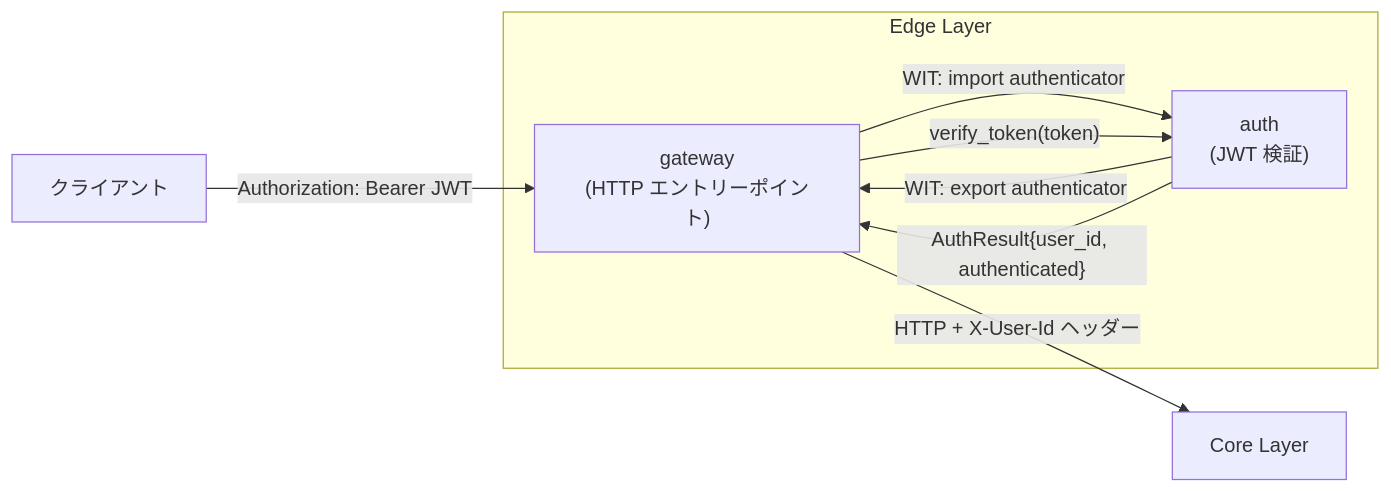
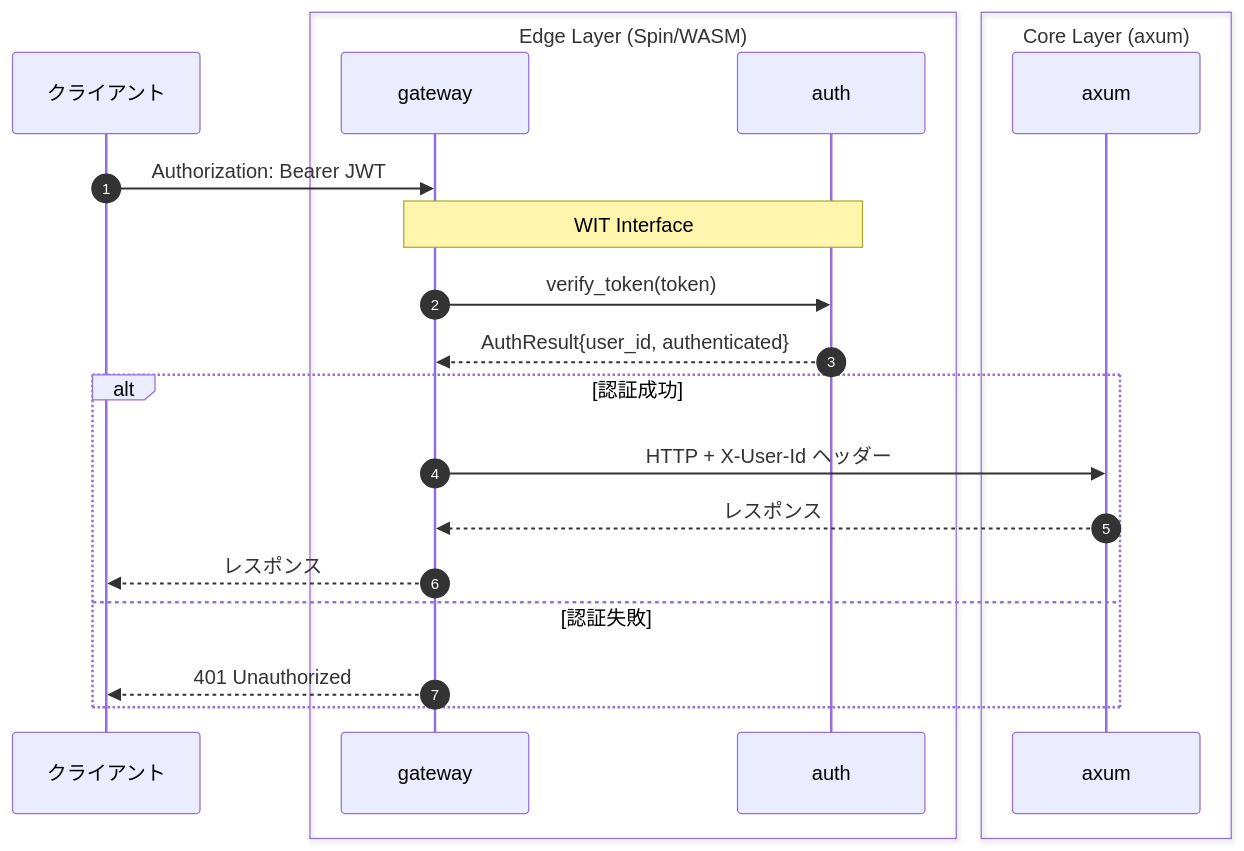
One commit to sbk0716/spin-axum-todo changed the second of 8 diagrams in blog/hybrid-architecture-wasm-rust.md. Above: the diagram before and after it, drawn with Mermaid. The commit also changed other lines of this file and 42 other files, not shown here.

````diff
--- a/blog/hybrid-architecture-wasm-rust.md
+++ b/blog/hybrid-architecture-wasm-rust.md
@@ -114,15 +115,26 @@
 ```mermaid
-flowchart LR
-    subgraph Edge["Edge Layer"]
-        Gateway["gateway<br/>(HTTP エントリーポイント)"]
-        Auth["auth<br/>(JWT 検証)"]
+sequenceDiagram
+    autonumber
+    participant C as クライアント
+    box Edge Layer (Spin/WASM)
+        participant G as gateway
+        participant A as auth
+    end
+    box Core Layer (axum)
+        participant Core as axum
     end
 
-    Gateway -->|"WIT: import authenticator"| Auth
-    Auth -->|"WIT: export authenticator"| Gateway
+    C->>G: Authorization: Bearer JWT
 
-    Client["クライアント"] -->|"Authorization: Bearer JWT"| Gateway
-    Gateway -->|"verify_token(token)"| Auth
-    Auth -->|"AuthResult{user_id, authenticated}"| Gateway
-    Gateway -->|"HTTP + X-User-Id ヘッダー"| Core["Core Layer"]
+    Note over G,A: WIT Interface
+    G->>A: verify_token(token)
+    A-->>G: AuthResult{user_id, authenticated}
+
+    alt 認証成功
+        G->>Core: HTTP + X-User-Id ヘッダー
+        Core-->>G: レスポンス
+        G-->>C: レスポンス
+    else 認証失敗
+        G-->>C: 401 Unauthorized
+    end
 ```
````
